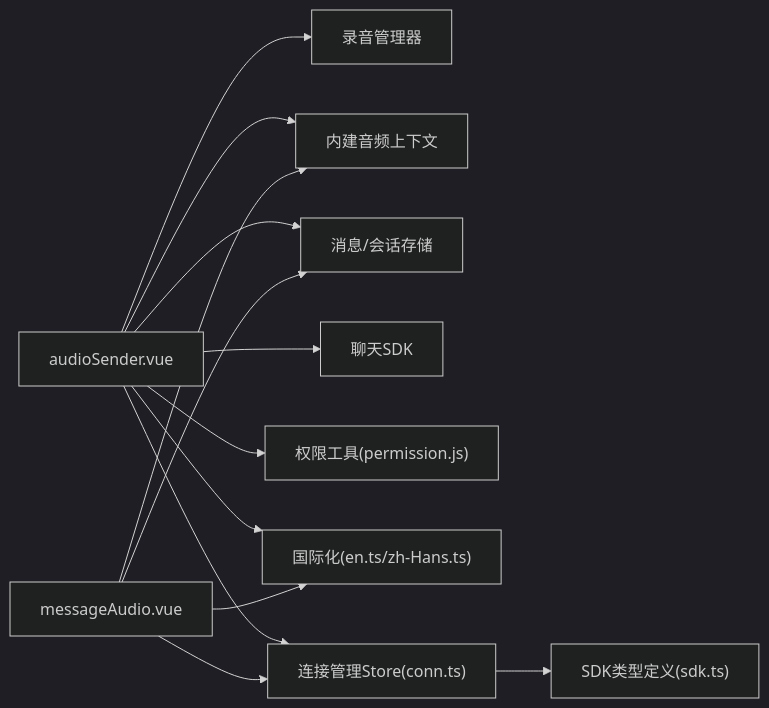
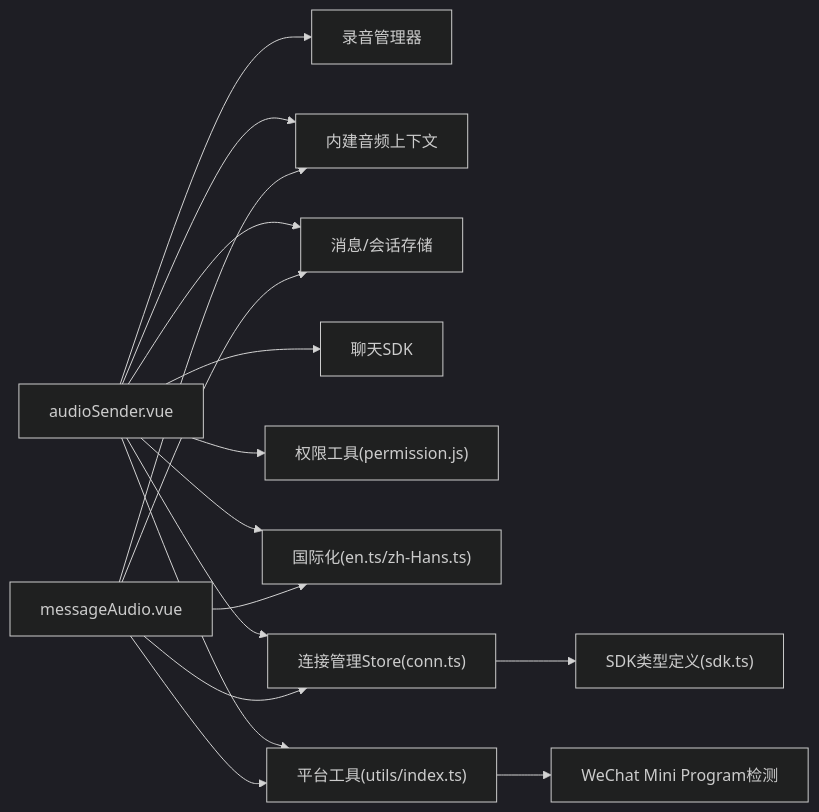
The fifth of 5 diagrams in .qoder/repowiki/zh/content/工具栏和输入功能/音频发送.md (Easemob-Community/easemob-uikit-uniapp-community), drawn with Mermaid (dark theme) before and after one commit. The commit also changed other lines of this file and 10 other files, not shown here.

````diff
--- a/.qoder/repowiki/zh/content/工具栏和输入功能/音频发送.md
+++ b/.qoder/repowiki/zh/content/工具栏和输入功能/音频发送.md
@@ -282,15 +305,18 @@
 ```mermaid
 graph LR
 Sender["audioSender.vue"] --> Recorder["录音管理器"]
 Sender --> Inner["内建音频上下文"]
 Sender --> Stores["消息/会话存储"]
 Sender --> SDK["聊天SDK"]
 Sender --> Perm["权限工具(permission.js)"]
 Sender --> I18n["国际化(en.ts/zh-Hans.ts)"]
 Sender --> ConnStore["连接管理Store(conn.ts)"]
+Sender --> Platform["平台工具(utils/index.ts)"]
 Receiver["messageAudio.vue"] --> Inner
 Receiver --> Stores
 Receiver --> ConnStore
 Receiver --> I18n
+Receiver --> Platform
 ConnStore --> SDKTS["SDK类型定义(sdk.ts)"]
+Platform --> WX["WeChat Mini Program检测"]
 ```
````
